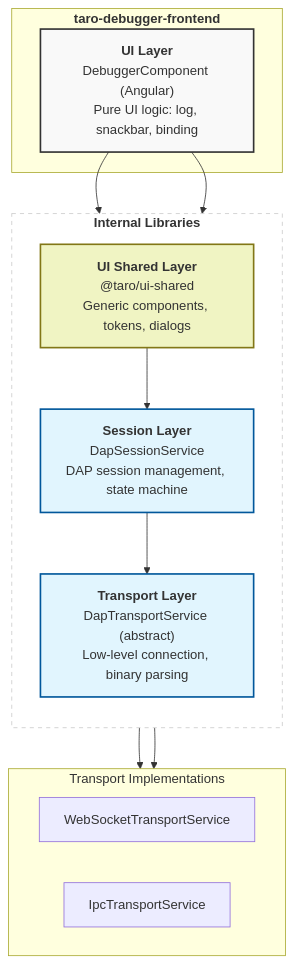
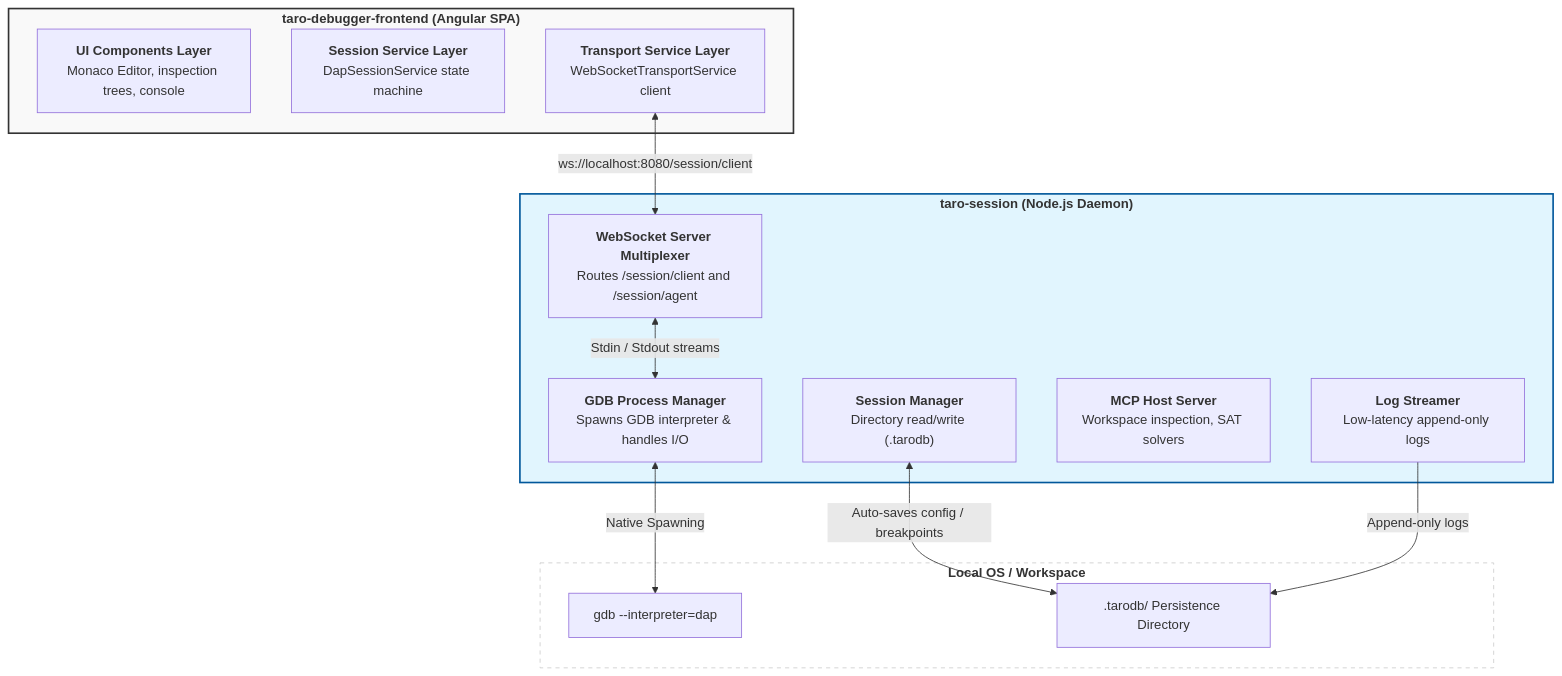
One commit to tangpo387-arch/taro-debugger changed the first of 2 diagrams in docs/architecture.md. Above: the diagram before and after it, drawn with Mermaid. The commit also changed other lines of this file and 5 other files, not shown here.

Commit message:
docs: document Node.js WebSocket bridge architecture and update roadmap for DAP transport layer implementation

````diff
--- a/docs/architecture.md
+++ b/docs/architecture.md
@@ -19,33 +26,31 @@
 ```mermaid
-graph TD
-    subgraph App ["<b>taro-debugger-frontend</b>"]
-        UI["<b>UI Layer</b><br/>DebuggerComponent (Angular)<br/>Pure UI logic: log, snackbar, binding"]
+graph TB
+    subgraph Browser ["<b>taro-debugger-frontend (Angular SPA)</b>"]
+        UI["<b>UI Components Layer</b><br/>Monaco Editor, inspection trees, console"]
+        Session["<b>Session Service Layer</b><br/>DapSessionService state machine"]
+        Transport["<b>Transport Service Layer</b><br/>WebSocketTransportService client"]
     end
 
-    subgraph Libs ["<b>Internal Libraries</b>"]
-        direction TB
-        Shared["<b>UI Shared Layer</b><br/>@taro/ui-shared<br/>Generic components, tokens, dialogs"]
-        Session["<b>Session Layer</b><br/>DapSessionService<br/>DAP session management, state machine"]
-        Transport["<b>Transport Layer</b><br/>DapTransportService (abstract)<br/>Low-level connection, binary parsing"]
+    subgraph Daemon ["<b>taro-session (Node.js Daemon)</b>"]
+        Server["<b>WebSocket Server Multiplexer</b><br/>Routes /session/client and /session/agent"]
+        SessManager["<b>Session Manager</b><br/>Directory read/write (.tarodb)"]
+        GdbManager["<b>GDB Process Manager</b><br/>Spawns GDB interpreter & handles I/O"]
+        McpHost["<b>MCP Host Server</b><br/>Workspace inspection, SAT solvers"]
+        Logger["<b>Log Streamer</b><br/>Low-latency append-only logs"]
     end
 
-    UI --> Shared
-    UI --> Session
-    Shared --> Session
-    Session --> Transport
-
-    subgraph Implementations ["Transport Implementations"]
-        direction LR
-        WSS["WebSocketTransportService"]
-        IPC["IpcTransportService"]
+    subgraph LocalOS ["<b>Local OS / Workspace</b>"]
+        GDB["gdb --interpreter=dap"]
+        FS[".tarodb/ Persistence Directory"]
     end
 
-    Transport --> WSS
-    Transport --> IPC
+    Transport <--> |"ws://localhost:8080/session/client"| Server
+    Server <--> |"Stdin / Stdout streams"| GdbManager
+    GdbManager <--> |"Native Spawning"| GDB
+    SessManager <--> |"Auto-saves config / breakpoints"| FS
+    Logger --> |"Append-only logs"| FS
 
-    style UI fill:#f9f9f9,stroke:#333,stroke-width:2px
-    style Shared fill:#f0f4c3,stroke:#827717,stroke-width:2px
-    style Session fill:#e1f5fe,stroke:#01579b,stroke-width:2px
-    style Transport fill:#e1f5fe,stroke:#01579b,stroke-width:2px
-    style Libs fill:#fff,stroke:#ccc,stroke-dasharray: 5 5
+    style Browser fill:#f9f9f9,stroke:#333,stroke-width:2px
+    style Daemon fill:#e1f5fe,stroke:#01579b,stroke-width:2px
+    style LocalOS fill:#fff,stroke:#ccc,stroke-dasharray: 5 5
 ```
````
